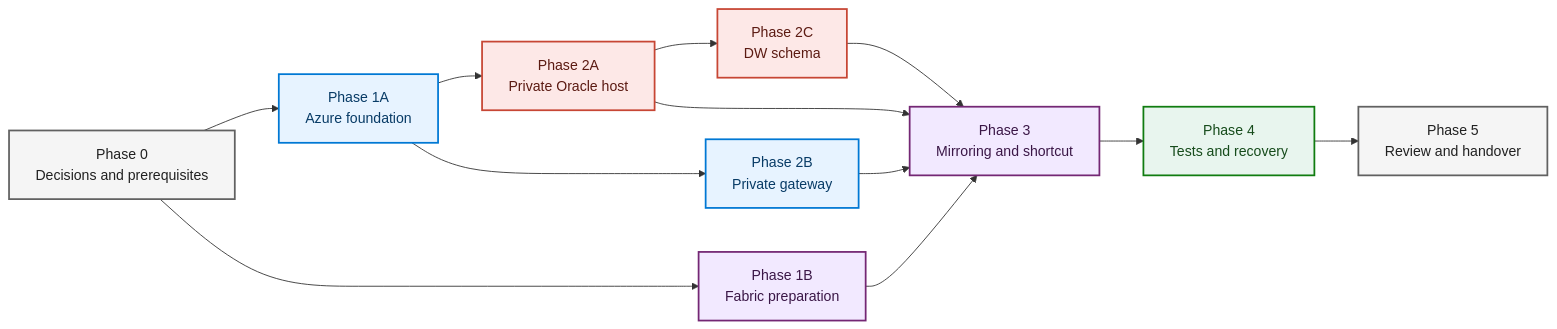
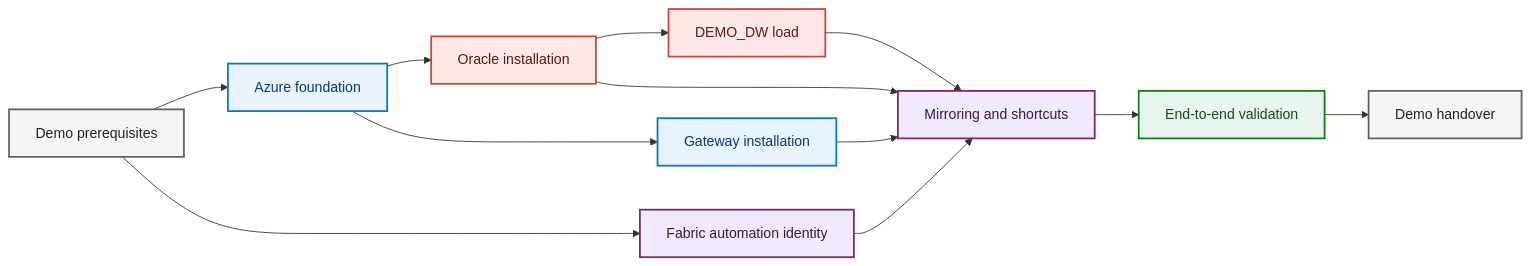
The third of 3 diagrams in README.md (fredgis/oracletofabric), drawn with Mermaid before and after one commit. The commit also changed other lines of this file and 18 other files, not shown here.

First line of the commit message:
docs: simplify architecture for demo

````diff
--- a/README.md
+++ b/README.md
@@ -198,35 +246,35 @@
 ```mermaid
 flowchart LR
-    P0[Phase 0<br/>Decisions and prerequisites]
-    P1A[Phase 1A<br/>Azure foundation]
-    P1B[Phase 1B<br/>Fabric preparation]
-    P2A[Phase 2A<br/>Private Oracle host]
-    P2B[Phase 2B<br/>Private gateway]
-    P2C[Phase 2C<br/>DW schema]
-    P3[Phase 3<br/>Mirroring and shortcut]
-    P4[Phase 4<br/>Tests and recovery]
-    P5[Phase 5<br/>Review and handover]
+    P0[Demo prerequisites]
+    P1A[Azure foundation]
+    P1B[Fabric automation identity]
+    P2A[Oracle installation]
+    P2B[Gateway installation]
+    P2C[DEMO_DW load]
+    P3[Mirroring and shortcuts]
+    P4[End-to-end validation]
+    P5[Demo handover]
 
     P0 --> P1A
     P0 --> P1B
     P1A --> P2A
     P1A --> P2B
     P2A --> P2C
     P1B --> P3
     P2A --> P3
     P2B --> P3
     P2C --> P3
     P3 --> P4 --> P5
 
     classDef gate fill:#F5F5F5,stroke:#616161,color:#212121,stroke-width:2px;
     classDef azure fill:#E7F3FF,stroke:#0078D4,color:#083B66,stroke-width:2px;
     classDef oracle fill:#FDE8E7,stroke:#C74634,color:#5B1A12,stroke-width:2px;
     classDef fabric fill:#F2E9FF,stroke:#742774,color:#3B1747,stroke-width:2px;
     classDef test fill:#E8F5EE,stroke:#107C10,color:#164B1B,stroke-width:2px;
 
     class P0,P5 gate;
     class P1A,P2B azure;
     class P2A,P2C oracle;
     class P1B,P3 fabric;
     class P4 test;
 ```
````
